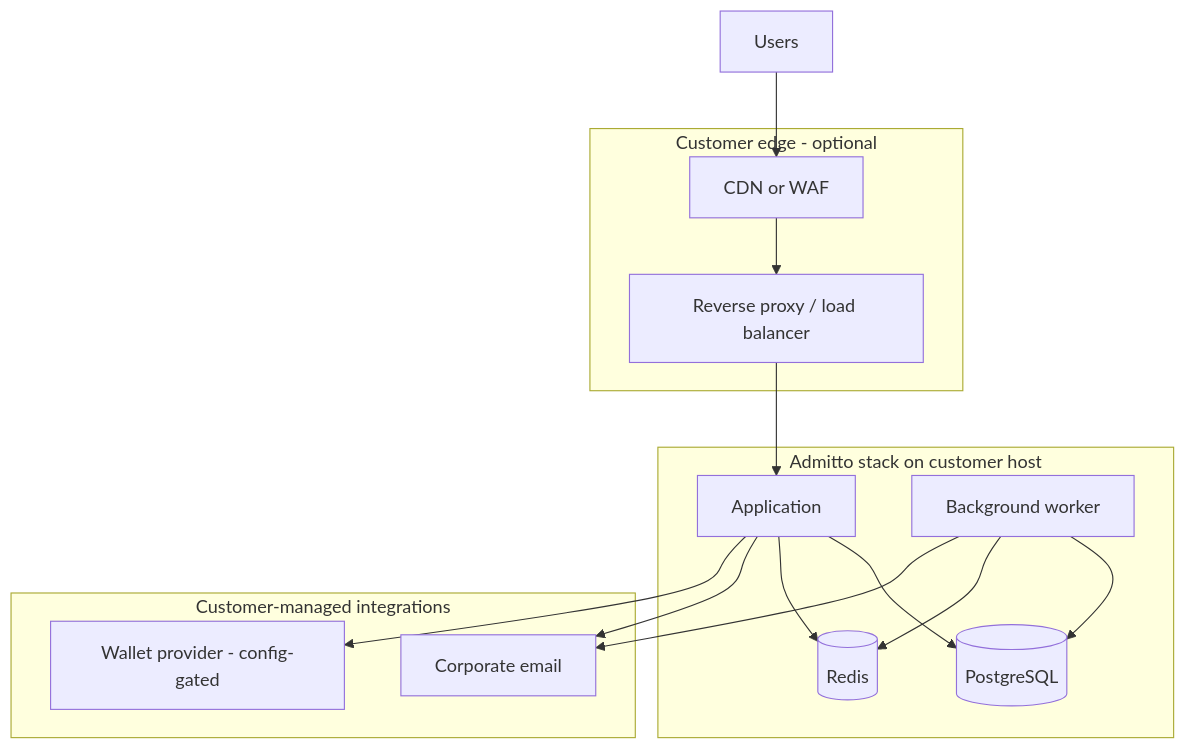
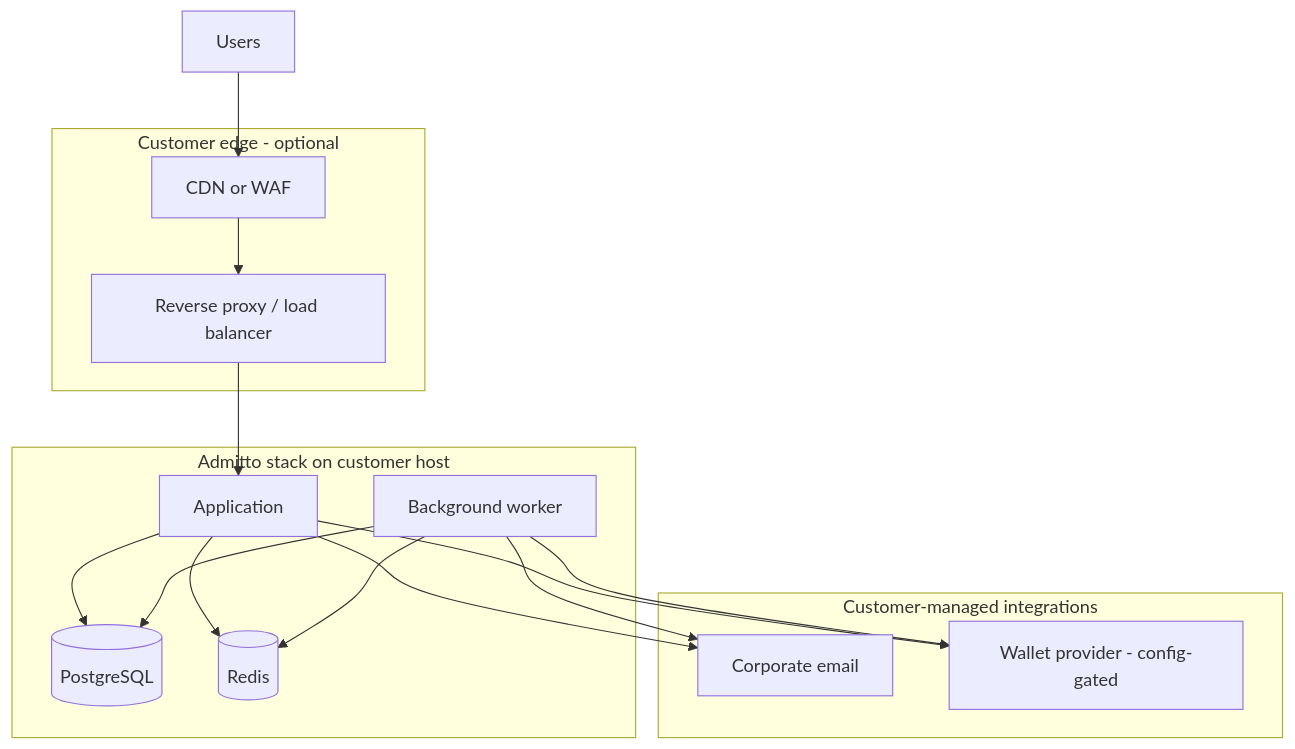
Before and after one commit to solarssk/admitto: the first of 2 diagrams in docs/security/ARCHITECTURE-FOR-AUDITORS.md, drawn with Mermaid. The commit also changed other lines of this file and 40 other files, not shown here.

````diff
--- a/docs/security/ARCHITECTURE-FOR-AUDITORS.md
+++ b/docs/security/ARCHITECTURE-FOR-AUDITORS.md
@@ -45,27 +45,28 @@
 ```mermaid
 flowchart TB
   subgraph edge [Customer edge - optional]
     CDN[CDN or WAF]
     RP[Reverse proxy / load balancer]
   end
   subgraph stack [Admitto stack on customer host]
     APP[Application]
     WORKER[Background worker]
     PG[(PostgreSQL)]
     RD[(Redis)]
   end
   subgraph external [Customer-managed integrations]
     Mail[Corporate email]
     Wallet[Wallet provider - config-gated]
   end
   Users[Users] --> CDN
   CDN --> RP
   RP --> APP
   APP --> PG
   APP --> RD
   APP --> Mail
   APP --> Wallet
   WORKER --> PG
   WORKER --> RD
   WORKER --> Mail
+  WORKER --> Wallet
 ```
````
